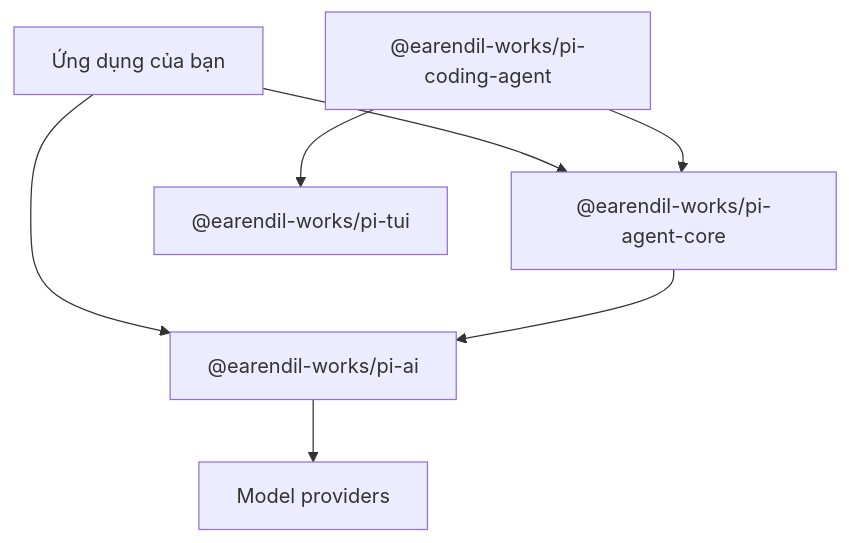
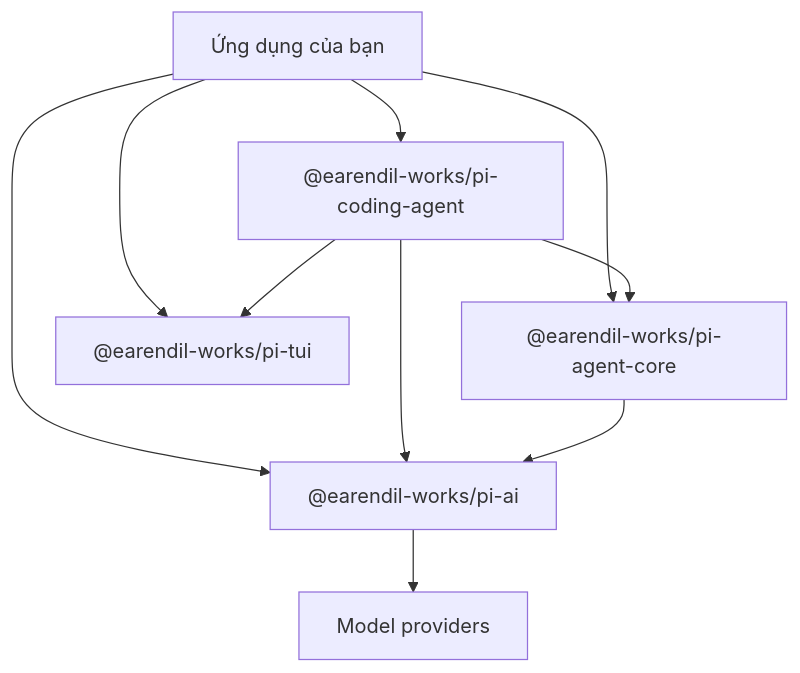
The diagram in content/vi/ch01-overview.md (pifydev/docs), drawn with Mermaid before and after one commit. The commit also changed other lines of this file and 2 other files, not shown here.

````diff
--- a/content/vi/ch01-overview.md
+++ b/content/vi/ch01-overview.md
@@ -46,16 +109,19 @@
 ```mermaid
 flowchart TB
   App[Ứng dụng của bạn]
   Coding["@earendil-works/pi-coding-agent"]
   Agent["@earendil-works/pi-agent-core"]
   AI["@earendil-works/pi-ai"]
   TUI["@earendil-works/pi-tui"]
   Providers[Model providers]
 
+  App --> Coding
   App --> Agent
   App --> AI
+  App --> TUI
   Coding --> Agent
+  Coding --> AI
   Coding --> TUI
   Agent --> AI
   AI --> Providers
 ```
````
